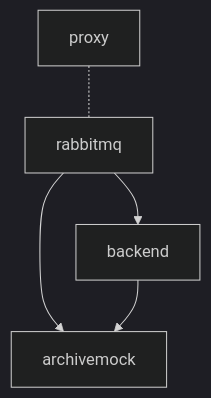
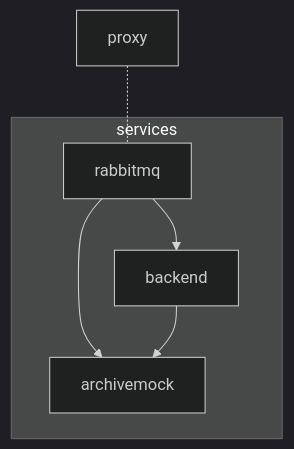
Before and after one commit to SciCatProject/scicatlive: the diagram in services/backend/README.md, drawn with Mermaid (dark theme). The commit also changed 1 other file, not shown here.

Commit message:
Update readmes

````diff
--- a/services/backend/README.md
+++ b/services/backend/README.md
@@ -68,7 +68,9 @@
 ```mermaid
 graph TD   
     proxy -.- rabbitmq
-    rabbitmq --> archivemock
-    rabbitmq --> backend
-    backend --> archivemock
+    subgraph services
+        rabbitmq --> archivemock
+        rabbitmq --> backend
+        backend --> archivemock
+    end
 ```
````
